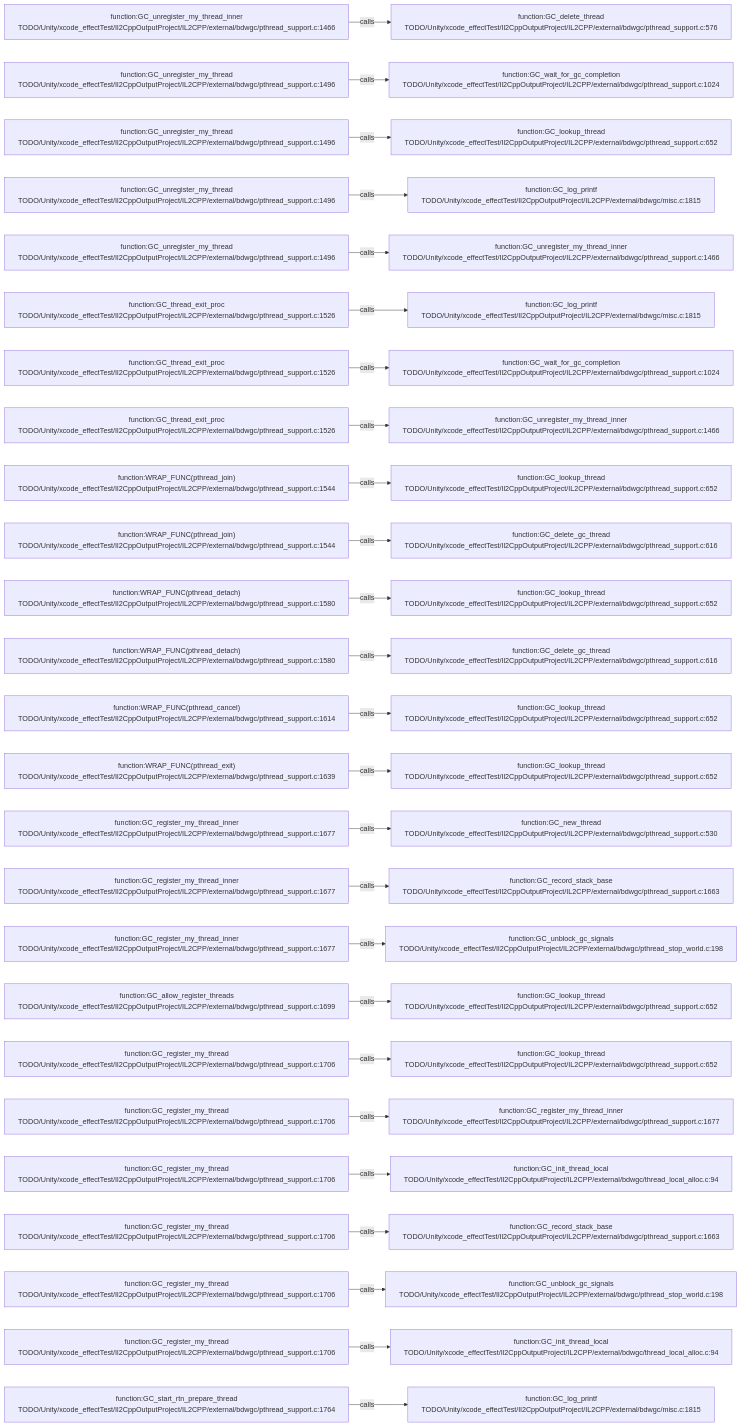
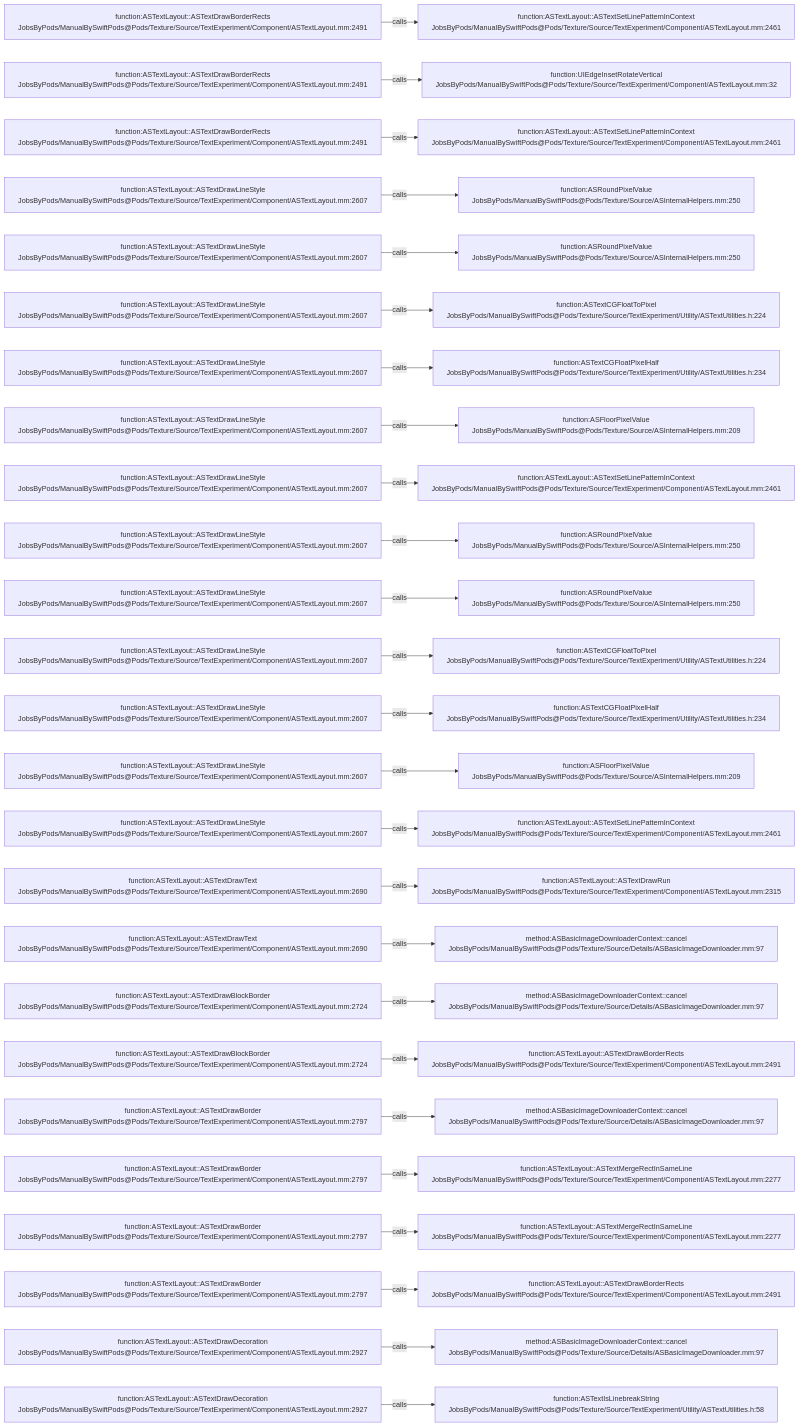
Before and after one commit to JobsKits/JobsSwiftBaseConfigDemo: the diagram in .codegraph/codegraph.md/graphs/calls-154.md, drawn with Mermaid. The commit also changed 2959 other files, not shown here.

````diff
--- a/.codegraph/codegraph.md/graphs/calls-154.md
+++ b/.codegraph/codegraph.md/graphs/calls-154.md
@@ -13,78 +13,78 @@
 ```mermaid
 flowchart LR
-  S1["function:GC_unregister_my_thread_inner<br/>TODO/Unity/xcode_effectTest/Il2CppOutputProject/IL2CPP/external/bdwgc/pthread_support.c:1466"]
-  T1["function:GC_delete_thread<br/>TODO/Unity/xcode_effectTest/Il2CppOutputProject/IL2CPP/external/bdwgc/pthread_support.c:576"]
+  S1["function:ASTextLayout::ASTextDrawBorderRects<br/>JobsByPods/ManualBySwiftPods@Pods/Texture/Source/TextExperiment/Component/ASTextLayout.mm:2491"]
+  T1["function:ASTextLayout::ASTextSetLinePatternInContext<br/>JobsByPods/ManualBySwiftPods@Pods/Texture/Source/TextExperiment/Component/ASTextLayout.mm:2461"]
   S1 -->|calls| T1
-  S2["function:GC_unregister_my_thread<br/>TODO/Unity/xcode_effectTest/Il2CppOutputProject/IL2CPP/external/bdwgc/pthread_support.c:1496"]
-  T2["function:GC_wait_for_gc_completion<br/>TODO/Unity/xcode_effectTest/Il2CppOutputProject/IL2CPP/external/bdwgc/pthread_support.c:1024"]
+  S2["function:ASTextLayout::ASTextDrawBorderRects<br/>JobsByPods/ManualBySwiftPods@Pods/Texture/Source/TextExperiment/Component/ASTextLayout.mm:2491"]
+  T2["function:UIEdgeInsetRotateVertical<br/>JobsByPods/ManualBySwiftPods@Pods/Texture/Source/TextExperiment/Component/ASTextLayout.mm:32"]
   S2 -->|calls| T2
-  S3["function:GC_unregister_my_thread<br/>TODO/Unity/xcode_effectTest/Il2CppOutputProject/IL2CPP/external/bdwgc/pthread_support.c:1496"]
-  T3["function:GC_lookup_thread<br/>TODO/Unity/xcode_effectTest/Il2CppOutputProject/IL2CPP/external/bdwgc/pthread_support.c:652"]
+  S3["function:ASTextLayout::ASTextDrawBorderRects<br/>JobsByPods/ManualBySwiftPods@Pods/Texture/Source/TextExperiment/Component/ASTextLayout.mm:2491"]
+  T3["function:ASTextLayout::ASTextSetLinePatternInContext<br/>JobsByPods/ManualBySwiftPods@Pods/Texture/Source/TextExperiment/Component/ASTextLayout.mm:2461"]
   S3 -->|calls| T3
-  S4["function:GC_unregister_my_thread<br/>TODO/Unity/xcode_effectTest/Il2CppOutputProject/IL2CPP/external/bdwgc/pthread_support.c:1496"]
-  T4["function:GC_log_printf<br/>TODO/Unity/xcode_effectTest/Il2CppOutputProject/IL2CPP/external/bdwgc/misc.c:1815"]
+  S4["function:ASTextLayout::ASTextDrawLineStyle<br/>JobsByPods/ManualBySwiftPods@Pods/Texture/Source/TextExperiment/Component/ASTextLayout.mm:2607"]
+  T4["function:ASRoundPixelValue<br/>JobsByPods/ManualBySwiftPods@Pods/Texture/Source/ASInternalHelpers.mm:250"]
   S4 -->|calls| T4
-  S5["function:GC_unregister_my_thread<br/>TODO/Unity/xcode_effectTest/Il2CppOutputProject/IL2CPP/external/bdwgc/pthread_support.c:1496"]
-  T5["function:GC_unregister_my_thread_inner<br/>TODO/Unity/xcode_effectTest/Il2CppOutputProject/IL2CPP/external/bdwgc/pthread_support.c:1466"]
+  S5["function:ASTextLayout::ASTextDrawLineStyle<br/>JobsByPods/ManualBySwiftPods@Pods/Texture/Source/TextExperiment/Component/ASTextLayout.mm:2607"]
+  T5["function:ASRoundPixelValue<br/>JobsByPods/ManualBySwiftPods@Pods/Texture/Source/ASInternalHelpers.mm:250"]
   S5 -->|calls| T5
-  S6["function:GC_thread_exit_proc<br/>TODO/Unity/xcode_effectTest/Il2CppOutputProject/IL2CPP/external/bdwgc/pthread_support.c:1526"]
-  T6["function:GC_log_printf<br/>TODO/Unity/xcode_effectTest/Il2CppOutputProject/IL2CPP/external/bdwgc/misc.c:1815"]
+  S6["function:ASTextLayout::ASTextDrawLineStyle<br/>JobsByPods/ManualBySwiftPods@Pods/Texture/Source/TextExperiment/Component/ASTextLayout.mm:2607"]
+  T6["function:ASTextCGFloatToPixel<br/>JobsByPods/ManualBySwiftPods@Pods/Texture/Source/TextExperiment/Utility/ASTextUtilities.h:224"]
   S6 -->|calls| T6
-  S7["function:GC_thread_exit_proc<br/>TODO/Unity/xcode_effectTest/Il2CppOutputProject/IL2CPP/external/bdwgc/pthread_support.c:1526"]
-  T7["function:GC_wait_for_gc_completion<br/>TODO/Unity/xcode_effectTest/Il2CppOutputProject/IL2CPP/external/bdwgc/pthread_support.c:1024"]
+  S7["function:ASTextLayout::ASTextDrawLineStyle<br/>JobsByPods/ManualBySwiftPods@Pods/Texture/Source/TextExperiment/Component/ASTextLayout.mm:2607"]
+  T7["function:ASTextCGFloatPixelHalf<br/>JobsByPods/ManualBySwiftPods@Pods/Texture/Source/TextExperiment/Utility/ASTextUtilities.h:234"]
   S7 -->|calls| T7
-  S8["function:GC_thread_exit_proc<br/>TODO/Unity/xcode_effectTest/Il2CppOutputProject/IL2CPP/external/bdwgc/pthread_support.c:1526"]
-  T8["function:GC_unregister_my_thread_inner<br/>TODO/Unity/xcode_effectTest/Il2CppOutputProject/IL2CPP/external/bdwgc/pthread_support.c:1466"]
+  S8["function:ASTextLayout::ASTextDrawLineStyle<br/>JobsByPods/ManualBySwiftPods@Pods/Texture/Source/TextExperiment/Component/ASTextLayout.mm:2607"]
+  T8["function:ASFloorPixelValue<br/>JobsByPods/ManualBySwiftPods@Pods/Texture/Source/ASInternalHelpers.mm:209"]
   S8 -->|calls| T8
-  S9["function:WRAP_FUNC(pthread_join)<br/>TODO/Unity/xcode_effectTest/Il2CppOutputProject/IL2CPP/external/bdwgc/pthread_support.c:1544"]
-  T9["function:GC_lookup_thread<br/>TODO/Unity/xcode_effectTest/Il2CppOutputProject/IL2CPP/external/bdwgc/pthread_support.c:652"]
+  S9["function:ASTextLayout::ASTextDrawLineStyle<br/>JobsByPods/ManualBySwiftPods@Pods/Texture/Source/TextExperiment/Component/ASTextLayout.mm:2607"]
+  T9["function:ASTextLayout::ASTextSetLinePatternInContext<br/>JobsByPods/ManualBySwiftPods@Pods/Texture/Source/TextExperiment/Component/ASTextLayout.mm:2461"]
   S9 -->|calls| T9
-  S10["function:WRAP_FUNC(pthread_join)<br/>TODO/Unity/xcode_effectTest/Il2CppOutputProject/IL2CPP/external/bdwgc/pthread_support.c:1544"]
-  T10["function:GC_delete_gc_thread<br/>TODO/Unity/xcode_effectTest/Il2CppOutputProject/IL2CPP/external/bdwgc/pthread_support.c:616"]
+  S10["function:ASTextLayout::ASTextDrawLineStyle<br/>JobsByPods/ManualBySwiftPods@Pods/Texture/Source/TextExperiment/Component/ASTextLayout.mm:2607"]
+  T10["function:ASRoundPixelValue<br/>JobsByPods/ManualBySwiftPods@Pods/Texture/Source/ASInternalHelpers.mm:250"]
   S10 -->|calls| T10
-  S11["function:WRAP_FUNC(pthread_detach)<br/>TODO/Unity/xcode_effectTest/Il2CppOutputProject/IL2CPP/external/bdwgc/pthread_support.c:1580"]
-  T11["function:GC_lookup_thread<br/>TODO/Unity/xcode_effectTest/Il2CppOutputProject/IL2CPP/external/bdwgc/pthread_support.c:652"]
+  S11["function:ASTextLayout::ASTextDrawLineStyle<br/>JobsByPods/ManualBySwiftPods@Pods/Texture/Source/TextExperiment/Component/ASTextLayout.mm:2607"]
+  T11["function:ASRoundPixelValue<br/>JobsByPods/ManualBySwiftPods@Pods/Texture/Source/ASInternalHelpers.mm:250"]
   S11 -->|calls| T11
-  S12["function:WRAP_FUNC(pthread_detach)<br/>TODO/Unity/xcode_effectTest/Il2CppOutputProject/IL2CPP/external/bdwgc/pthread_support.c:1580"]
-  T12["function:GC_delete_gc_thread<br/>TODO/Unity/xcode_effectTest/Il2CppOutputProject/IL2CPP/external/bdwgc/pthread_support.c:616"]
+  S12["function:ASTextLayout::ASTextDrawLineStyle<br/>JobsByPods/ManualBySwiftPods@Pods/Texture/Source/TextExperiment/Component/ASTextLayout.mm:2607"]
+  T12["function:ASTextCGFloatToPixel<br/>JobsByPods/ManualBySwiftPods@Pods/Texture/Source/TextExperiment/Utility/ASTextUtilities.h:224"]
   S12 -->|calls| T12
-  S13["function:WRAP_FUNC(pthread_cancel)<br/>TODO/Unity/xcode_effectTest/Il2CppOutputProject/IL2CPP/external/bdwgc/pthread_support.c:1614"]
-  T13["function:GC_lookup_thread<br/>TODO/Unity/xcode_effectTest/Il2CppOutputProject/IL2CPP/external/bdwgc/pthread_support.c:652"]
+  S13["function:ASTextLayout::ASTextDrawLineStyle<br/>JobsByPods/ManualBySwiftPods@Pods/Texture/Source/TextExperiment/Component/ASTextLayout.mm:2607"]
+  T13["function:ASTextCGFloatPixelHalf<br/>JobsByPods/ManualBySwiftPods@Pods/Texture/Source/TextExperiment/Utility/ASTextUtilities.h:234"]
   S13 -->|calls| T13
-  S14["function:WRAP_FUNC(pthread_exit)<br/>TODO/Unity/xcode_effectTest/Il2CppOutputProject/IL2CPP/external/bdwgc/pthread_support.c:1639"]
-  T14["function:GC_lookup_thread<br/>TODO/Unity/xcode_effectTest/Il2CppOutputProject/IL2CPP/external/bdwgc/pthread_support.c:652"]
+  S14["function:ASTextLayout::ASTextDrawLineStyle<br/>JobsByPods/ManualBySwiftPods@Pods/Texture/Source/TextExperiment/Component/ASTextLayout.mm:2607"]
+  T14["function:ASFloorPixelValue<br/>JobsByPods/ManualBySwiftPods@Pods/Texture/Source/ASInternalHelpers.mm:209"]
   S14 -->|calls| T14
-  S15["function:GC_register_my_thread_inner<br/>TODO/Unity/xcode_effectTest/Il2CppOutputProject/IL2CPP/external/bdwgc/pthread_support.c:1677"]
-  T15["function:GC_new_thread<br/>TODO/Unity/xcode_effectTest/Il2CppOutputProject/IL2CPP/external/bdwgc/pthread_support.c:530"]
+  S15["function:ASTextLayout::ASTextDrawLineStyle<br/>JobsByPods/ManualBySwiftPods@Pods/Texture/Source/TextExperiment/Component/ASTextLayout.mm:2607"]
+  T15["function:ASTextLayout::ASTextSetLinePatternInContext<br/>JobsByPods/ManualBySwiftPods@Pods/Texture/Source/TextExperiment/Component/ASTextLayout.mm:2461"]
   S15 -->|calls| T15
-  S16["function:GC_register_my_thread_inner<br/>TODO/Unity/xcode_effectTest/Il2CppOutputProject/IL2CPP/external/bdwgc/pthread_support.c:1677"]
-  T16["function:GC_record_stack_base<br/>TODO/Unity/xcode_effectTest/Il2CppOutputProject/IL2CPP/external/bdwgc/pthread_support.c:1663"]
+  S16["function:ASTextLayout::ASTextDrawText<br/>JobsByPods/ManualBySwiftPods@Pods/Texture/Source/TextExperiment/Component/ASTextLayout.mm:2690"]
+  T16["function:ASTextLayout::ASTextDrawRun<br/>JobsByPods/ManualBySwiftPods@Pods/Texture/Source/TextExperiment/Component/ASTextLayout.mm:2315"]
   S16 -->|calls| T16
-  S17["function:GC_register_my_thread_inner<br/>TODO/Unity/xcode_effectTest/Il2CppOutputProject/IL2CPP/external/bdwgc/pthread_support.c:1677"]
-  T17["function:GC_unblock_gc_signals<br/>TODO/Unity/xcode_effectTest/Il2CppOutputProject/IL2CPP/external/bdwgc/pthread_stop_world.c:198"]
+  S17["function:ASTextLayout::ASTextDrawText<br/>JobsByPods/ManualBySwiftPods@Pods/Texture/Source/TextExperiment/Component/ASTextLayout.mm:2690"]
+  T17["method:ASBasicImageDownloaderContext::cancel<br/>JobsByPods/ManualBySwiftPods@Pods/Texture/Source/Details/ASBasicImageDownloader.mm:97"]
   S17 -->|calls| T17
-  S18["function:GC_allow_register_threads<br/>TODO/Unity/xcode_effectTest/Il2CppOutputProject/IL2CPP/external/bdwgc/pthread_support.c:1699"]
-  T18["function:GC_lookup_thread<br/>TODO/Unity/xcode_effectTest/Il2CppOutputProject/IL2CPP/external/bdwgc/pthread_support.c:652"]
+  S18["function:ASTextLayout::ASTextDrawBlockBorder<br/>JobsByPods/ManualBySwiftPods@Pods/Texture/Source/TextExperiment/Component/ASTextLayout.mm:2724"]
+  T18["method:ASBasicImageDownloaderContext::cancel<br/>JobsByPods/ManualBySwiftPods@Pods/Texture/Source/Details/ASBasicImageDownloader.mm:97"]
   S18 -->|calls| T18
-  S19["function:GC_register_my_thread<br/>TODO/Unity/xcode_effectTest/Il2CppOutputProject/IL2CPP/external/bdwgc/pthread_support.c:1706"]
-  T19["function:GC_lookup_thread<br/>TODO/Unity/xcode_effectTest/Il2CppOutputProject/IL2CPP/external/bdwgc/pthread_support.c:652"]
+  S19["function:ASTextLayout::ASTextDrawBlockBorder<br/>JobsByPods/ManualBySwiftPods@Pods/Texture/Source/TextExperiment/Component/ASTextLayout.mm:2724"]
+  T19["function:ASTextLayout::ASTextDrawBorderRects<br/>JobsByPods/ManualBySwiftPods@Pods/Texture/Source/TextExperiment/Component/ASTextLayout.mm:2491"]
   S19 -->|calls| T19
-  S20["function:GC_register_my_thread<br/>TODO/Unity/xcode_effectTest/Il2CppOutputProject/IL2CPP/external/bdwgc/pthread_support.c:1706"]
-  T20["function:GC_register_my_thread_inner<br/>TODO/Unity/xcode_effectTest/Il2CppOutputProject/IL2CPP/external/bdwgc/pthread_support.c:1677"]
+  S20["function:ASTextLayout::ASTextDrawBorder<br/>JobsByPods/ManualBySwiftPods@Pods/Texture/Source/TextExperiment/Component/ASTextLayout.mm:2797"]
+  T20["method:ASBasicImageDownloaderContext::cancel<br/>JobsByPods/ManualBySwiftPods@Pods/Texture/Source/Details/ASBasicImageDownloader.mm:97"]
   S20 -->|calls| T20
-  S21["function:GC_register_my_thread<br/>TODO/Unity/xcode_effectTest/Il2CppOutputProject/IL2CPP/external/bdwgc/pthread_support.c:1706"]
-  T21["function:GC_init_thread_local<br/>TODO/Unity/xcode_effectTest/Il2CppOutputProject/IL2CPP/external/bdwgc/thread_local_alloc.c:94"]
+  S21["function:ASTextLayout::ASTextDrawBorder<br/>JobsByPods/ManualBySwiftPods@Pods/Texture/Source/TextExperiment/Component/ASTextLayout.mm:2797"]
+  T21["function:ASTextLayout::ASTextMergeRectInSameLine<br/>JobsByPods/ManualBySwiftPods@Pods/Texture/Source/TextExperiment/Component/ASTextLayout.mm:2277"]
   S21 -->|calls| T21
-  S22["function:GC_register_my_thread<br/>TODO/Unity/xcode_effectTest/Il2CppOutputProject/IL2CPP/external/bdwgc/pthread_support.c:1706"]
-  T22["function:GC_record_stack_base<br/>TODO/Unity/xcode_effectTest/Il2CppOutputProject/IL2CPP/external/bdwgc/pthread_support.c:1663"]
+  S22["function:ASTextLayout::ASTextDrawBorder<br/>JobsByPods/ManualBySwiftPods@Pods/Texture/Source/TextExperiment/Component/ASTextLayout.mm:2797"]
+  T22["function:ASTextLayout::ASTextMergeRectInSameLine<br/>JobsByPods/ManualBySwiftPods@Pods/Texture/Source/TextExperiment/Component/ASTextLayout.mm:2277"]
   S22 -->|calls| T22
-  S23["function:GC_register_my_thread<br/>TODO/Unity/xcode_effectTest/Il2CppOutputProject/IL2CPP/external/bdwgc/pthread_support.c:1706"]
-  T23["function:GC_unblock_gc_signals<br/>TODO/Unity/xcode_effectTest/Il2CppOutputProject/IL2CPP/external/bdwgc/pthread_stop_world.c:198"]
+  S23["function:ASTextLayout::ASTextDrawBorder<br/>JobsByPods/ManualBySwiftPods@Pods/Texture/Source/TextExperiment/Component/ASTextLayout.mm:2797"]
+  T23["function:ASTextLayout::ASTextDrawBorderRects<br/>JobsByPods/ManualBySwiftPods@Pods/Texture/Source/TextExperiment/Component/ASTextLayout.mm:2491"]
   S23 -->|calls| T23
-  S24["function:GC_register_my_thread<br/>TODO/Unity/xcode_effectTest/Il2CppOutputProject/IL2CPP/external/bdwgc/pthread_support.c:1706"]
-  T24["function:GC_init_thread_local<br/>TODO/Unity/xcode_effectTest/Il2CppOutputProject/IL2CPP/external/bdwgc/thread_local_alloc.c:94"]
+  S24["function:ASTextLayout::ASTextDrawDecoration<br/>JobsByPods/ManualBySwiftPods@Pods/Texture/Source/TextExperiment/Component/ASTextLayout.mm:2927"]
+  T24["method:ASBasicImageDownloaderContext::cancel<br/>JobsByPods/ManualBySwiftPods@Pods/Texture/Source/Details/ASBasicImageDownloader.mm:97"]
   S24 -->|calls| T24
-  S25["function:GC_start_rtn_prepare_thread<br/>TODO/Unity/xcode_effectTest/Il2CppOutputProject/IL2CPP/external/bdwgc/pthread_support.c:1764"]
-  T25["function:GC_log_printf<br/>TODO/Unity/xcode_effectTest/Il2CppOutputProject/IL2CPP/external/bdwgc/misc.c:1815"]
+  S25["function:ASTextLayout::ASTextDrawDecoration<br/>JobsByPods/ManualBySwiftPods@Pods/Texture/Source/TextExperiment/Component/ASTextLayout.mm:2927"]
+  T25["function:ASTextIsLinebreakString<br/>JobsByPods/ManualBySwiftPods@Pods/Texture/Source/TextExperiment/Utility/ASTextUtilities.h:58"]
   S25 -->|calls| T25
 ```
````
